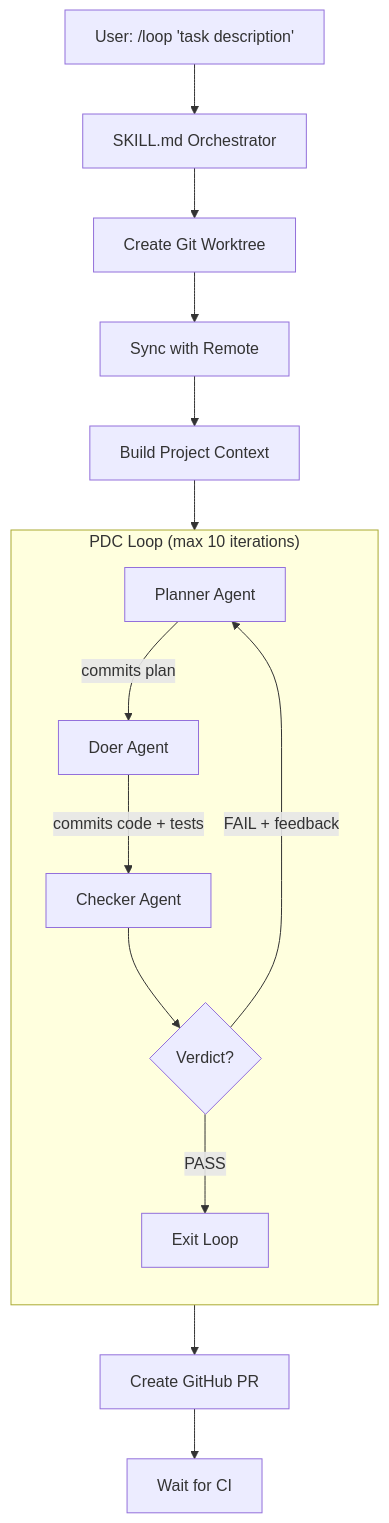
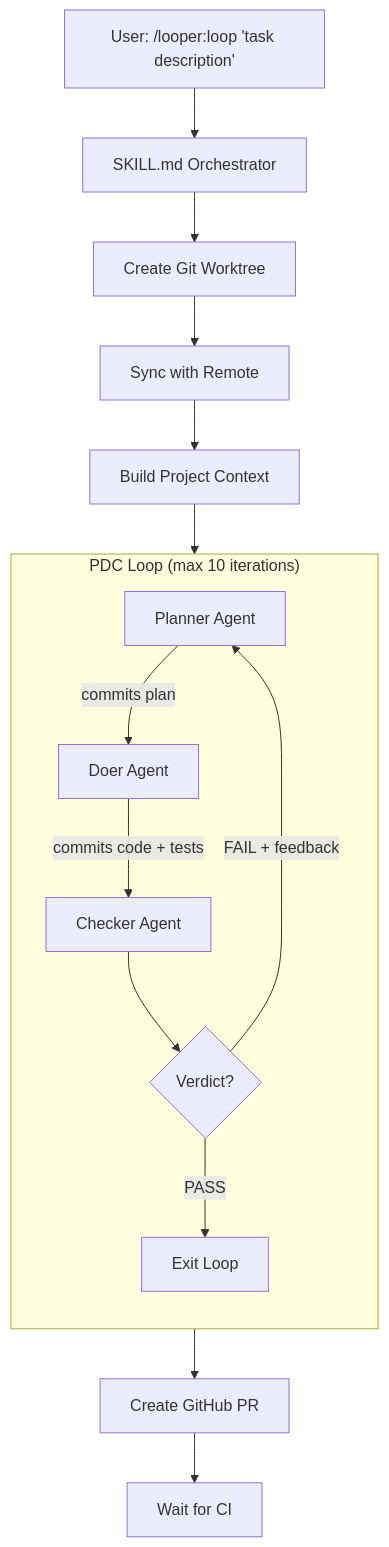
One commit to code-salad/looper changed the diagram in README.md. Above: the diagram before and after it, drawn with Mermaid. The commit also changed other lines of this file and 1 other file, not shown here.

````diff
--- a/README.md
+++ b/README.md
@@ -136,20 +152,20 @@
 ```mermaid
 flowchart TD
-    A["User: /loop 'task description'"] --> B["SKILL.md Orchestrator"]
+    A["User: /looper:loop 'task description'"] --> B["SKILL.md Orchestrator"]
     B --> C["Create Git Worktree"]
     C --> D["Sync with Remote"]
     D --> E["Build Project Context"]
     E --> F["PDC Loop"]
 
     subgraph F ["PDC Loop (max 10 iterations)"]
         direction TB
         P["Planner Agent"] -->|"commits plan"| DO["Doer Agent"]
         DO -->|"commits code + tests"| CH["Checker Agent"]
         CH --> V{"Verdict?"}
         V -->|"FAIL + feedback"| P
         V -->|"PASS"| EXIT["Exit Loop"]
     end
 
     EXIT --> PR["Create GitHub PR"]
     PR --> CI["Wait for CI"]
 ```
````
